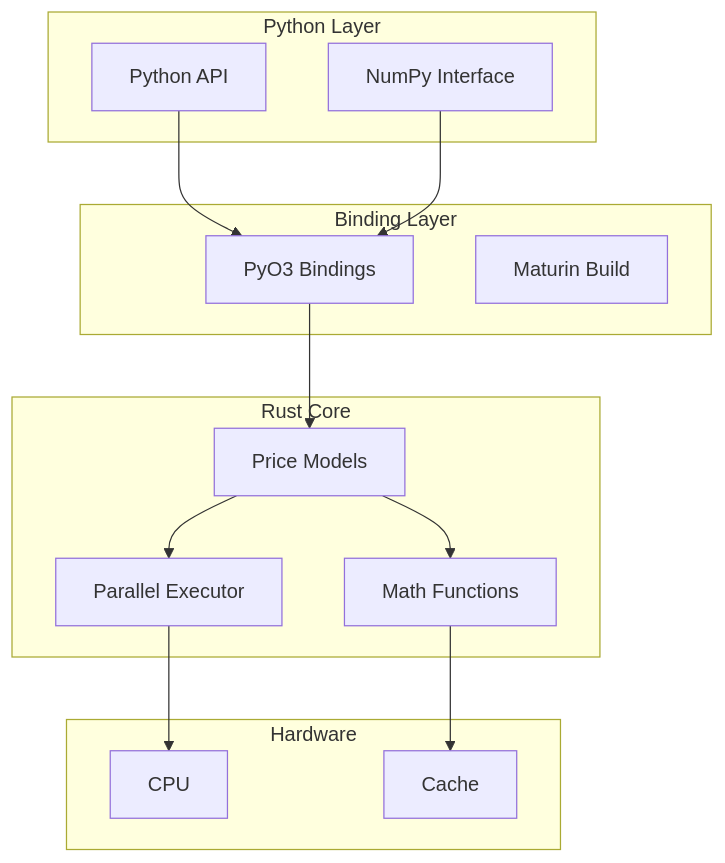
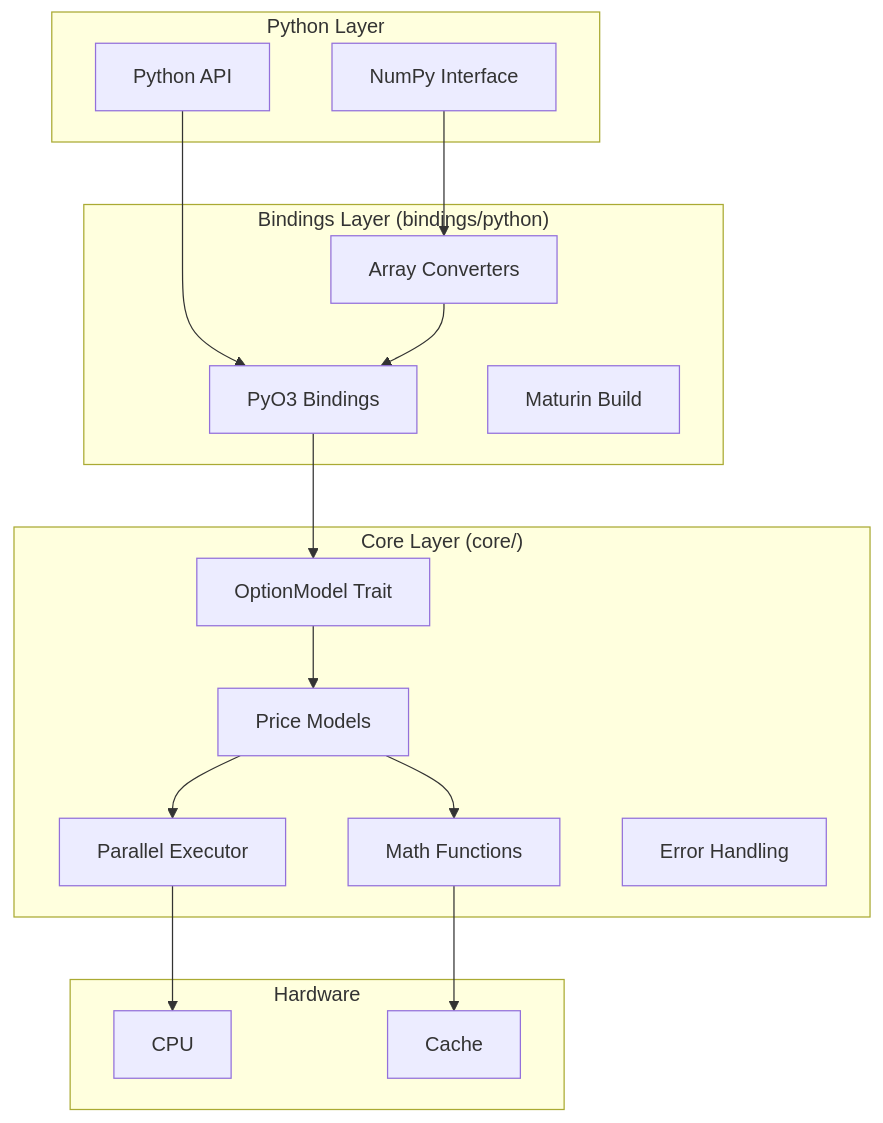
One commit to drillan/quantforge changed the diagram in docs/ja/development/architecture.md. Above: the diagram before and after it, drawn with Mermaid. The commit also changed other lines of this file and 8 other files, not shown here.

First line of the commit message:
docs: update documentation for Core+Bindings architecture

````diff
--- a/docs/ja/development/architecture.md
+++ b/docs/ja/development/architecture.md
@@ -7,31 +7,36 @@
 ```{mermaid}
 graph TB
     subgraph "Python Layer"
         PY[Python API]
         NP[NumPy Interface]
     end
     
-    subgraph "Binding Layer"
+    subgraph "Bindings Layer (bindings/python)"
         PYO3[PyO3 Bindings]
         MAT[Maturin Build]
+        CONV[Array Converters]
     end
     
-    subgraph "Rust Core"
+    subgraph "Core Layer (core/)"
         MODELS[Price Models]
+        TRAITS[OptionModel Trait]
         PARALLEL[Parallel Executor]
         MATH[Math Functions]
+        ERROR[Error Handling]
     end
     
     subgraph "Hardware"
         CPU[CPU]
         CACHE[Cache]
     end
     
     PY --> PYO3
-    NP --> PYO3
-    PYO3 --> MODELS
+    NP --> CONV
+    CONV --> PYO3
+    PYO3 --> TRAITS
+    TRAITS --> MODELS
     MODELS --> PARALLEL
     MODELS --> MATH
     PARALLEL --> CPU
     MATH --> CACHE
 ```
````
